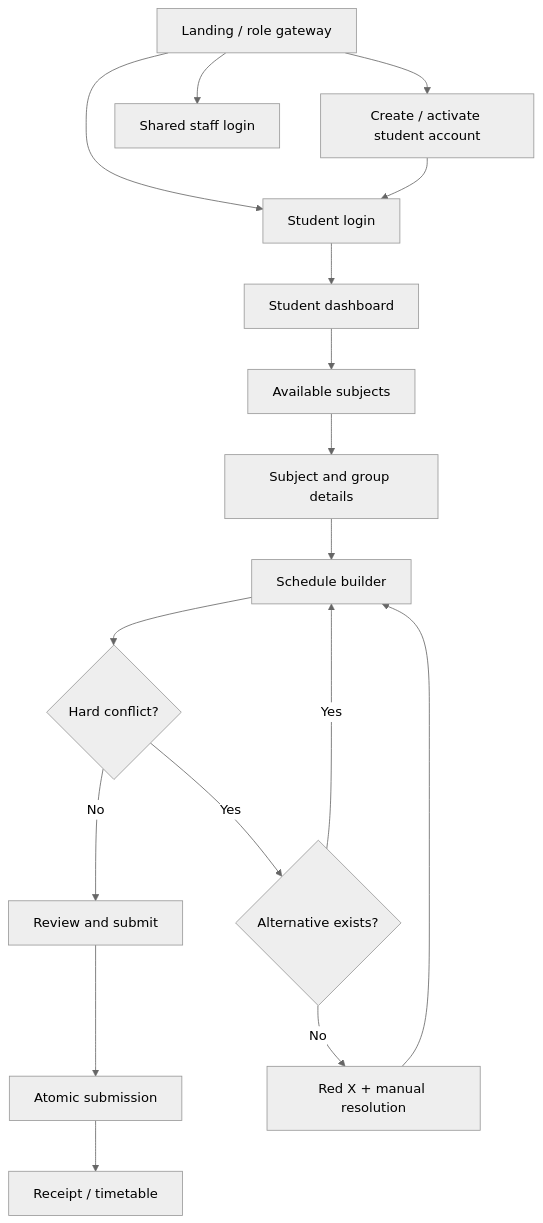
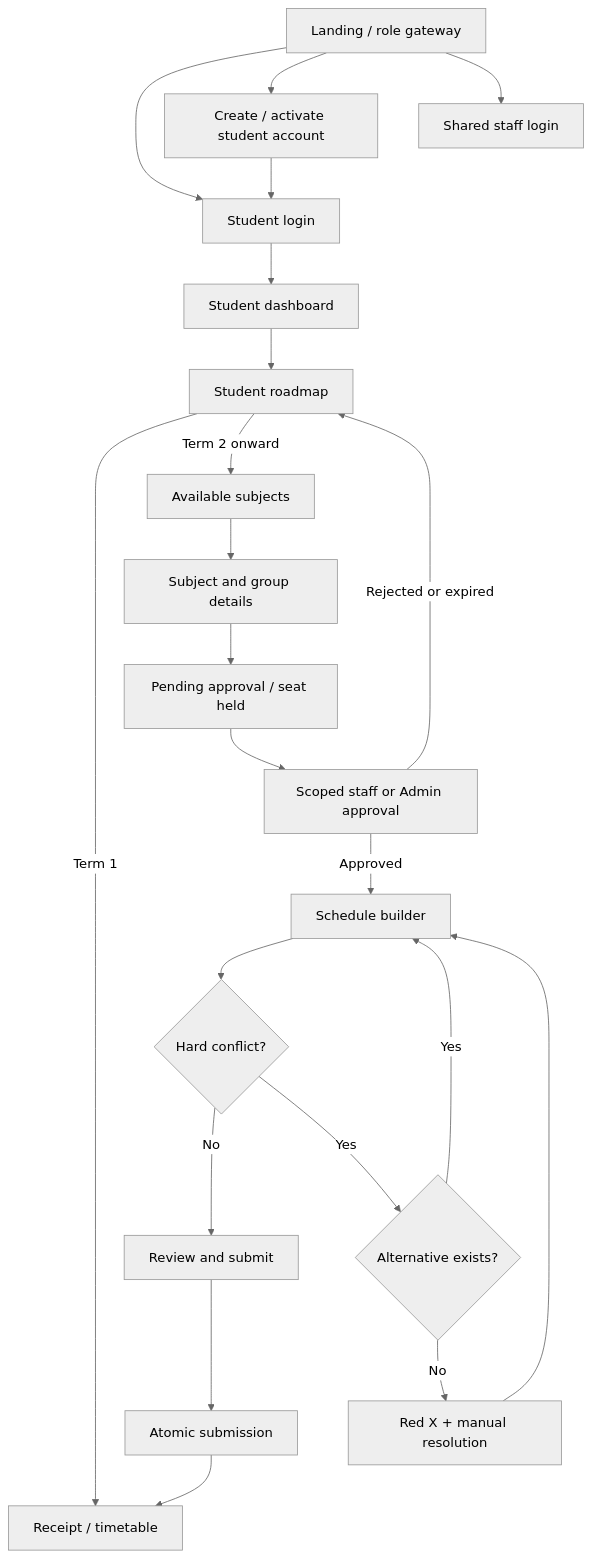
The first of 2 diagrams in docs/STORYBOARD.md (ahmedelbamby-aast/Student-Registeration-System), drawn with Mermaid (neutral theme) before and after one commit. The commit also changed other lines of this file and 86 other files, not shown here.

````diff
--- a/docs/STORYBOARD.md
+++ b/docs/STORYBOARD.md
@@ -22,34 +23,42 @@
 ```mermaid
 flowchart TD
   Landing["Landing / role gateway"]
   StudentLogin["Student login"]
   Activate["Create / activate student account"]
   StaffLogin["Shared staff login"]
   Dashboard["Student dashboard"]
+  Roadmap["Student roadmap"]
   Discover["Available subjects"]
   Details["Subject and group details"]
   Builder["Schedule builder"]
   Review["Review and submit"]
   Submit["Atomic submission"]
   Receipt["Receipt / timetable"]
+  Pending["Pending approval / seat held"]
+  Approval["Scoped staff or Admin approval"]
   Conflict{"Hard conflict?"}
   Alternatives{"Alternative exists?"}
   Manual["Red X + manual resolution"]
 
   Landing --> StudentLogin
   Landing --> Activate
   Landing --> StaffLogin
   Activate --> StudentLogin
   StudentLogin --> Dashboard
-  Dashboard --> Discover
+  Dashboard --> Roadmap
+  Roadmap -->|Term 1| Receipt
+  Roadmap -->|Term 2 onward| Discover
   Discover --> Details
-  Details --> Builder
+  Details --> Pending
+  Pending --> Approval
+  Approval -->|Approved| Builder
+  Approval -->|Rejected or expired| Roadmap
   Builder --> Conflict
   Conflict -->|No| Review
   Conflict -->|Yes| Alternatives
   Alternatives -->|Yes| Builder
   Alternatives -->|No| Manual
   Manual --> Builder
   Review --> Submit
   Submit --> Receipt
 ```
````
